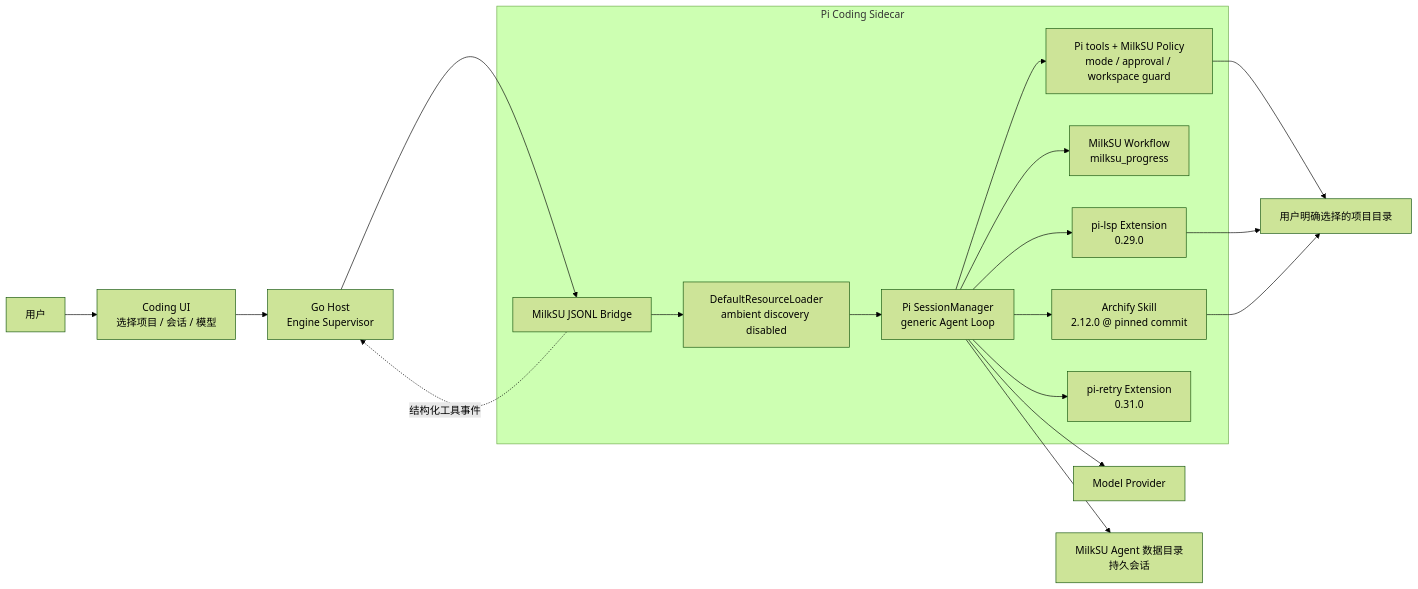
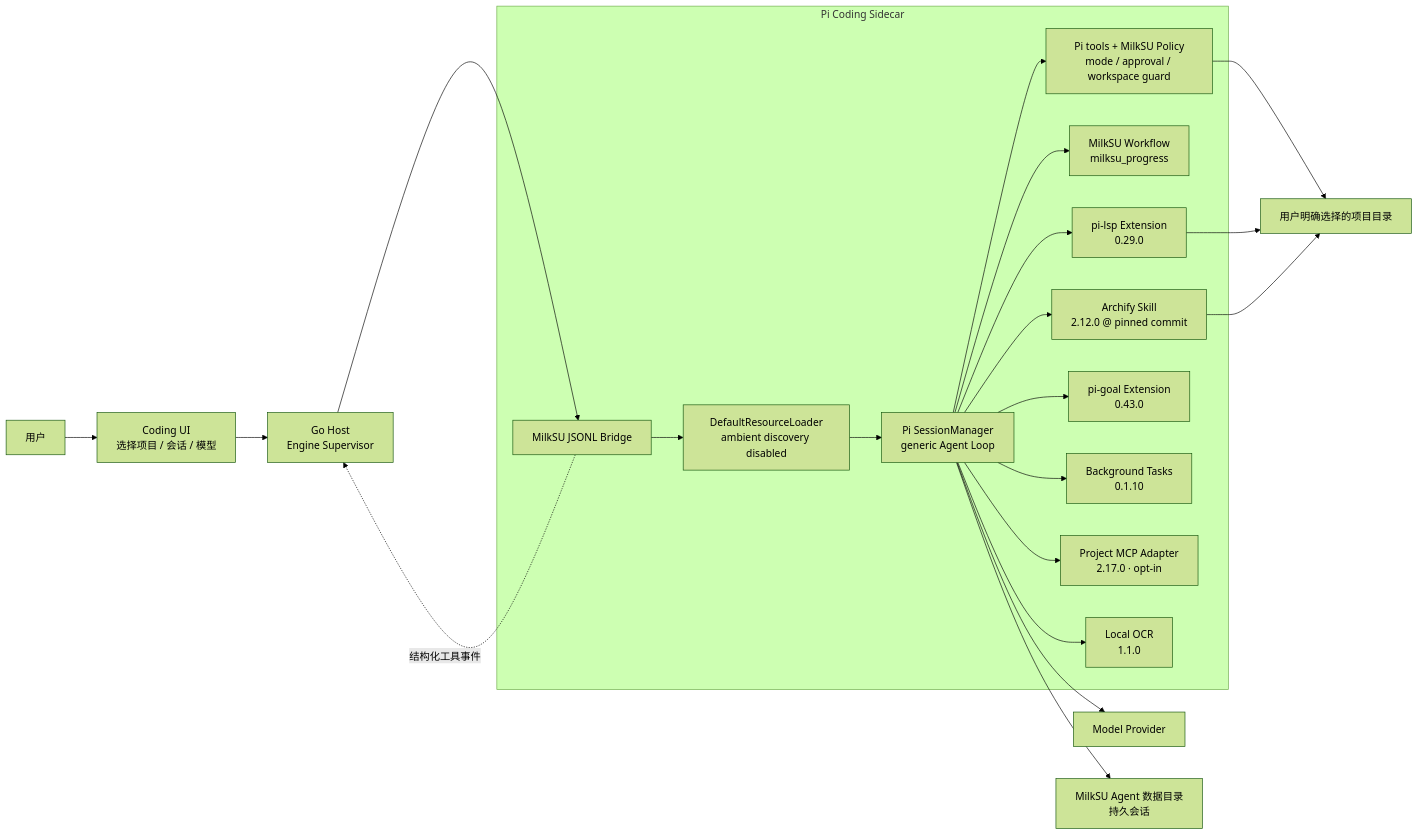
The first of 3 diagrams in docs/architecture/coding-agent-pi-extension-boundary.md (MilkSU-Official/milksu), drawn with Mermaid (forest theme) before and after one commit. The commit also changed other lines of this file and 4 other files, not shown here.

````diff
--- a/docs/architecture/coding-agent-pi-extension-boundary.md
+++ b/docs/architecture/coding-agent-pi-extension-boundary.md
@@ -12,35 +12,41 @@
 ```mermaid
 flowchart LR
     user["用户"]
     vue["Coding UI<br/>选择项目 / 会话 / 模型"]
     host["Go Host<br/>Engine Supervisor"]
 
     subgraph sidecar["Pi Coding Sidecar"]
         bridge["MilkSU JSONL Bridge"]
         loader["DefaultResourceLoader<br/>ambient discovery disabled"]
         session["Pi SessionManager<br/>generic Agent Loop"]
         coreTools["Pi tools + MilkSU Policy<br/>mode / approval / workspace guard"]
         workflow["MilkSU Workflow<br/>milksu_progress"]
         archify["Archify Skill<br/>2.12.0 @ pinned commit"]
         lsp["pi-lsp Extension<br/>0.29.0"]
-        retry["pi-retry Extension<br/>0.31.0"]
+        goal["pi-goal Extension<br/>0.43.0"]
+        background["Background Tasks<br/>0.1.10"]
+        mcp["Project MCP Adapter<br/>2.17.0 · opt-in"]
+        ocr["Local OCR<br/>1.1.0"]
     end
 
     provider["Model Provider"]
     project["用户明确选择的项目目录"]
     agentData["MilkSU Agent 数据目录<br/>持久会话"]
 
     user --> vue --> host --> bridge
     bridge --> loader --> session
     session --> coreTools
     session --> workflow
     session --> archify
     session --> lsp
-    session --> retry
+    session --> goal
+    session --> background
+    session --> mcp
+    session --> ocr
     session --> provider
     coreTools --> project
     lsp --> project
     archify --> project
     session --> agentData
     bridge -. "结构化工具事件" .-> host
 ```
````
